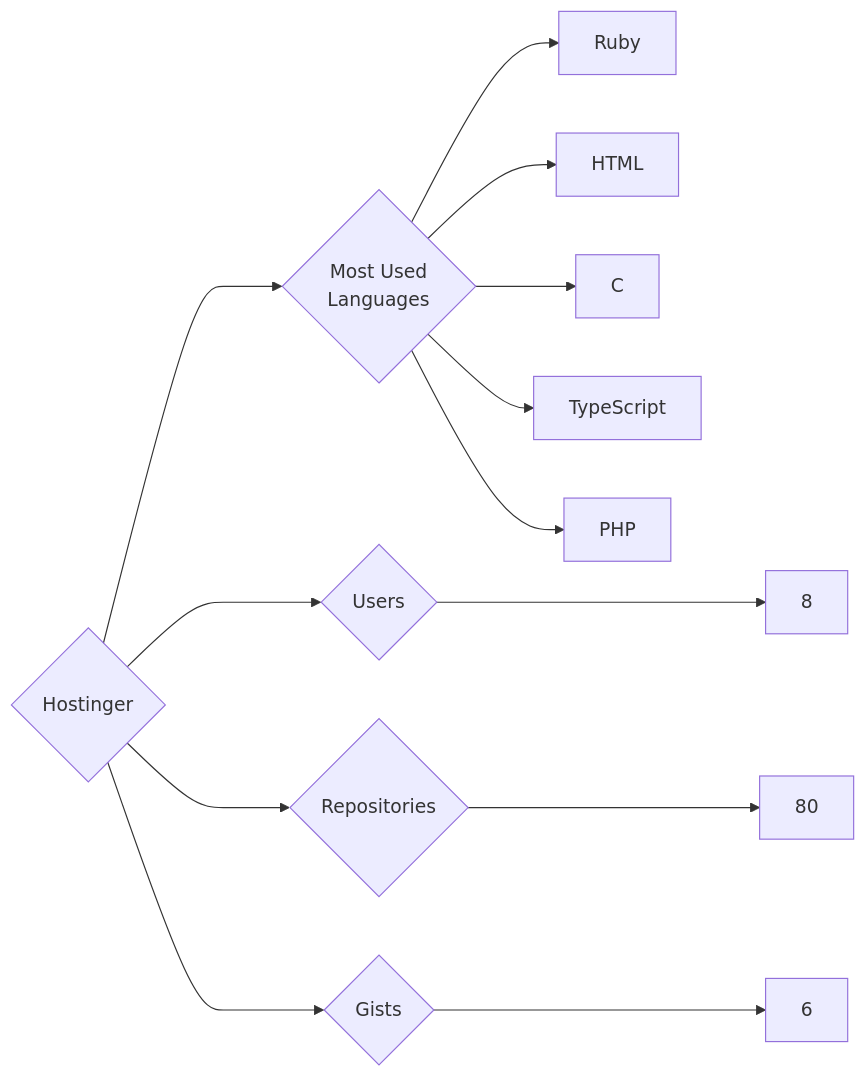
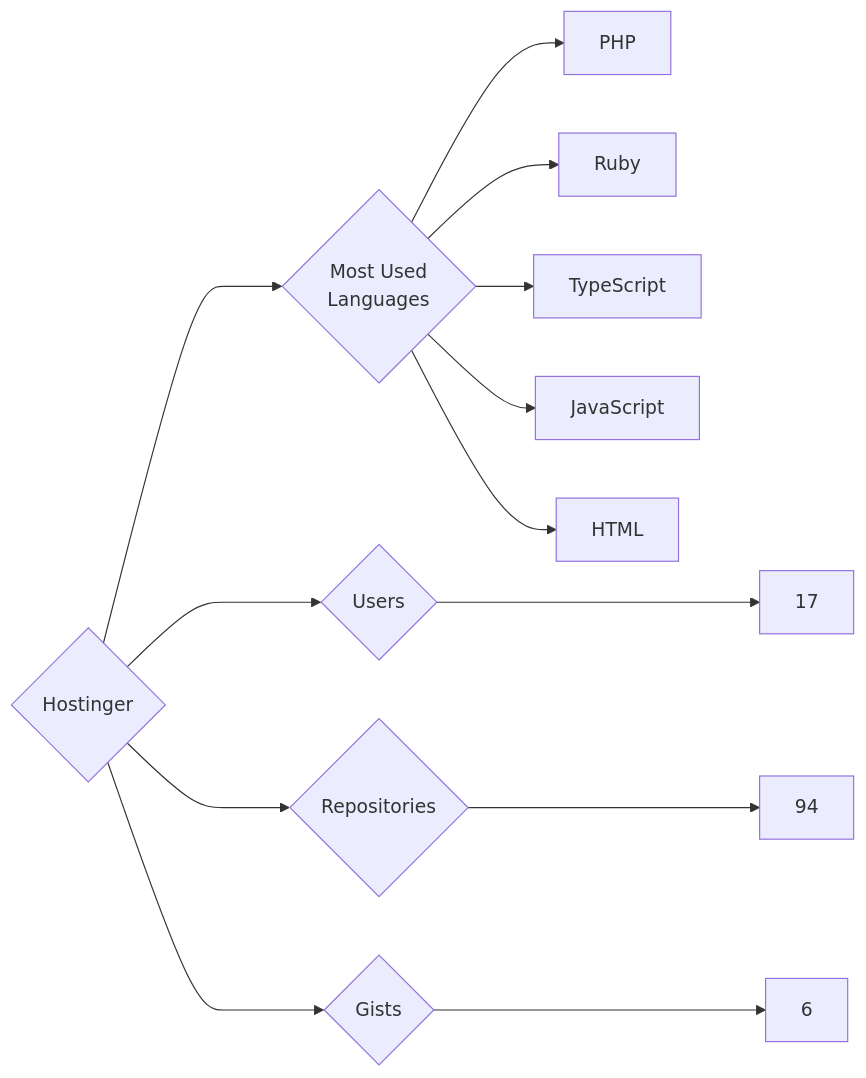
Before and after one commit to trickest/insiders: the diagram in targets/Hostinger/README.md, drawn with Mermaid. The commit also changed 757 other files, not shown here.

````diff
--- a/targets/Hostinger/README.md
+++ b/targets/Hostinger/README.md
@@ -3,13 +3,13 @@
 ```mermaid
 graph LR
 COMPANY_NAME{Hostinger}
-COMPANY_NAME ---> U{Users} ---> UN[8]
-COMPANY_NAME ---> R{Repositories} ---> RN[80]
+COMPANY_NAME ---> U{Users} ---> UN[17]
+COMPANY_NAME ---> R{Repositories} ---> RN[94]
 COMPANY_NAME ---> G{Gists} ---> GN[6]
 COMPANY_NAME ---> ML{Most Used<br>Languages}
+ML --> PHP[PHP]
 ML --> Ruby[Ruby]
+ML --> TypeScript[TypeScript]
+ML --> JavaScript[JavaScript]
 ML --> HTML[HTML]
-ML --> C[C]
-ML --> TypeScript[TypeScript]
-ML --> PHP[PHP]
 ```
````
